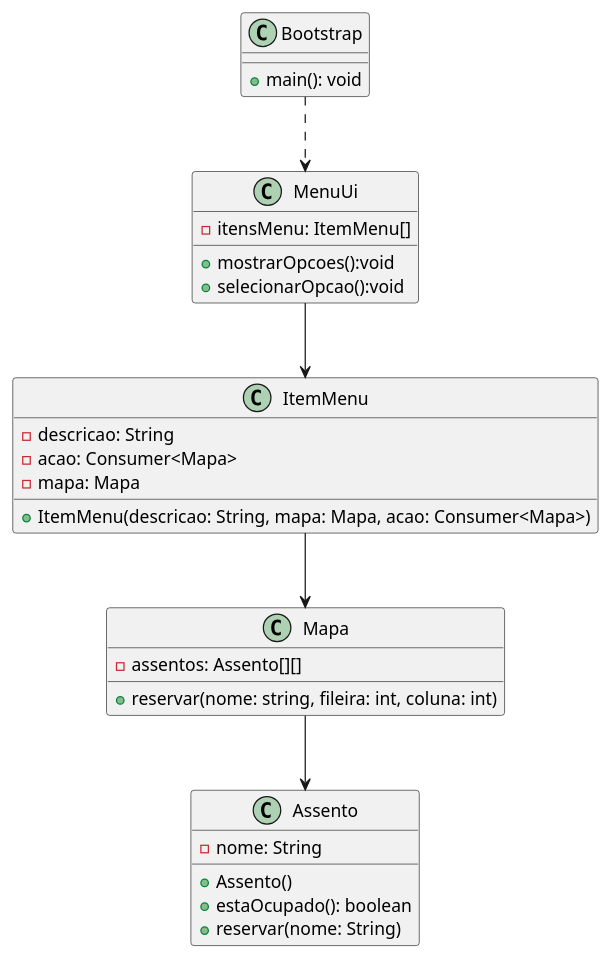
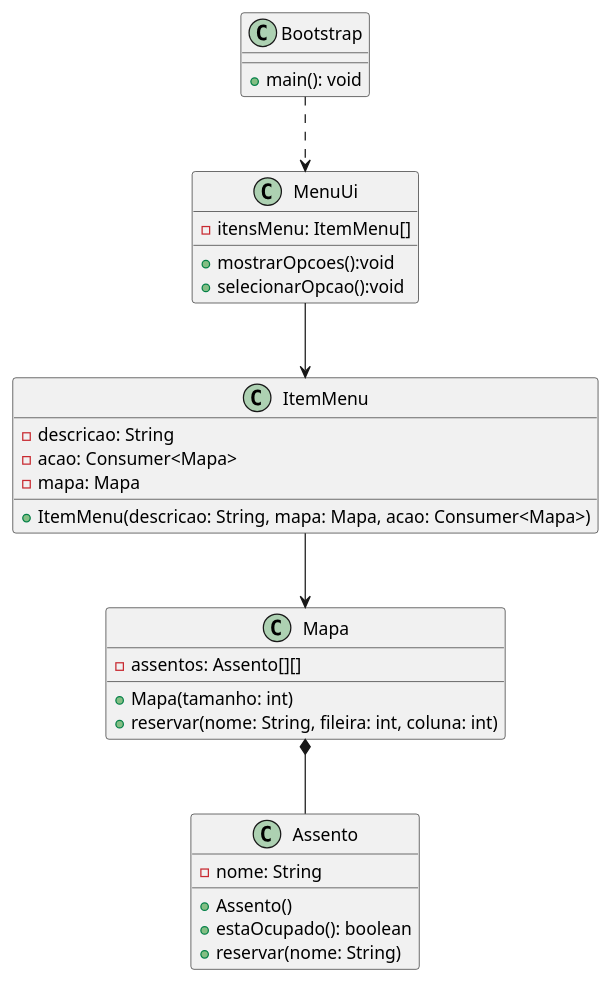
One commit to kibutzzz/estruturas-lineares changed the diagram in src/main/java/laboratorio2/diagrama.puml. Above: the diagram before and after it, drawn with PlantUML.

Commit message:
fix relationships and needed attributes

```diff
--- a/src/main/java/laboratorio2/diagrama.puml
+++ b/src/main/java/laboratorio2/diagrama.puml
@@ -1,46 +1,43 @@
 @startuml cinema
 
 class Mapa {
   - assentos: Assento[][]
-  + reservar(nome: string, fileira: int, coluna: int)
+  + Mapa(tamanho: int)
+  + reservar(nome: String, fileira: int, coluna: int)
 }
 
 class Assento {
   - nome: String
   + Assento()
   + estaOcupado(): boolean
   + reservar(nome: String)
 }
 
 class Bootstrap {
   + main(): void
 }
-
-' class ConversorDeColuna {
-'   + converter(string: coluna): int
-' }
 
 class MenuUi {
   - itensMenu: ItemMenu[]
   + mostrarOpcoes():void 
   + selecionarOpcao():void
 }
 
 class ItemMenu {
   - descricao: String
   - acao: Consumer<Mapa>
   - mapa: Mapa
 
   + ItemMenu(descricao: String, mapa: Mapa, acao: Consumer<Mapa>)
 }
 
 
 Bootstrap ..> MenuUi
 ' Bootstrap ..> ConversorDeColuna
-Mapa --> Assento
+Mapa *-- Assento
 MenuUi --> ItemMenu
 ItemMenu --> Mapa
 
 
 
 @enduml
```
